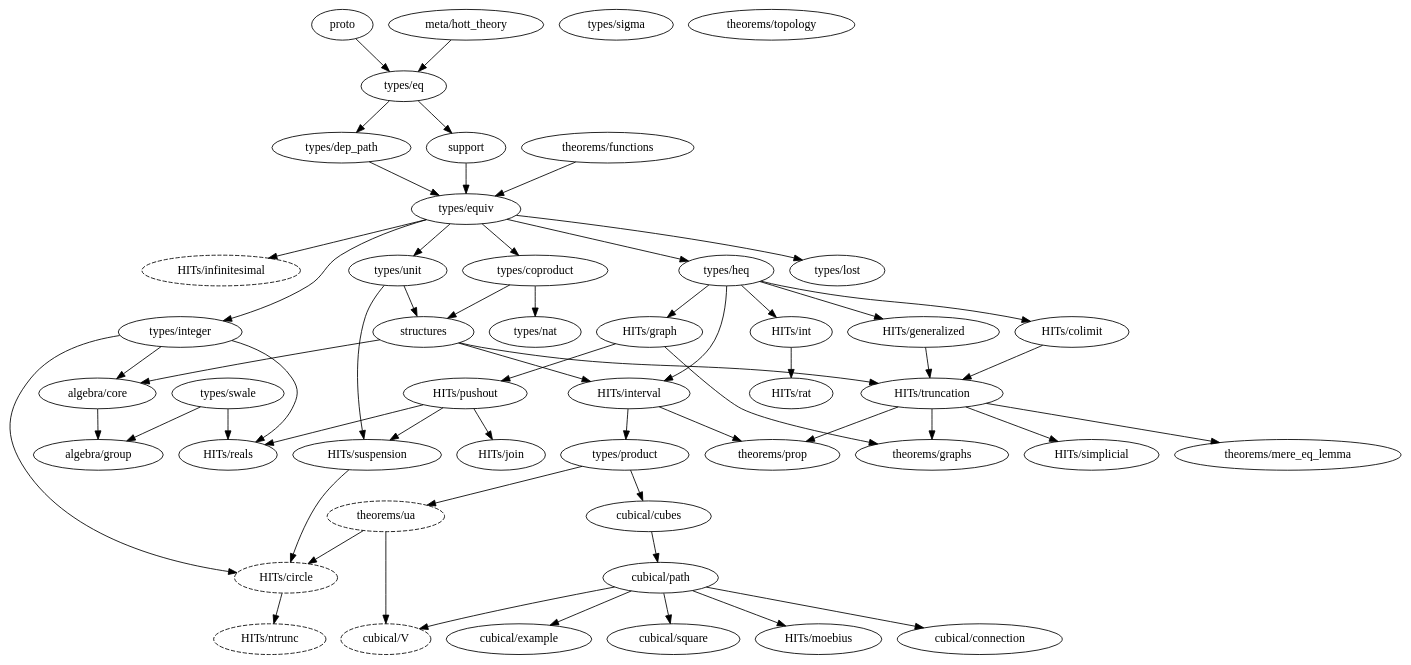
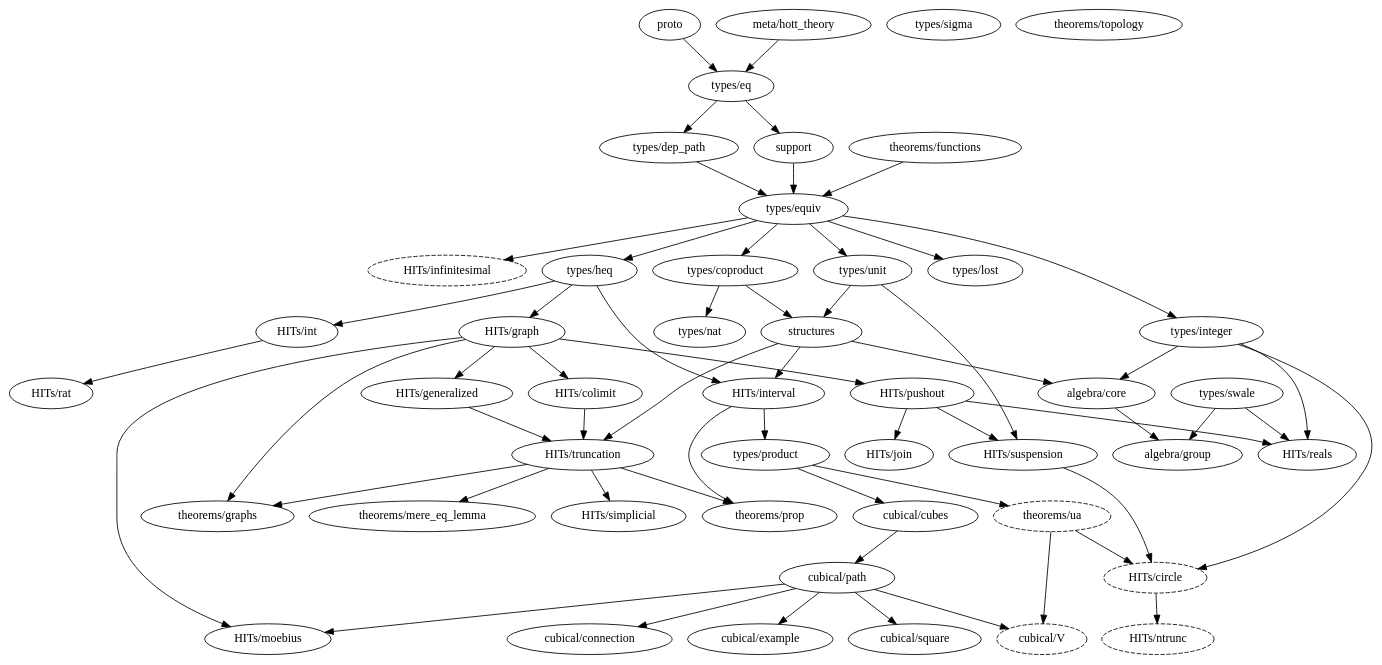
The diagram in dependency_map.gv (forked-from-1kasper/ground_zero), drawn with Graphviz before and after one commit. The commit also changed 6 other files, not shown here.

Commit message:
heavy use of graph

```diff
--- a/dependency_map.gv
+++ b/dependency_map.gv
@@ -1,103 +1,104 @@
 digraph dependency_map {
   proto -> "types/eq"
   "meta/hott_theory" -> "types/eq"
   support -> "types/equiv"
   structures -> { "HITs/interval", "HITs/truncation", "algebra/core" }
 
   subgraph univalence {
     node [style=dashed]
     "HITs/circle"
     "HITs/infinitesimal"
     "HITs/ntrunc"
     "theorems/ua"
     "cubical/V"
   }
 
   subgraph algebra {
     "algebra/core" -> "algebra/group"
     "algebra/group"
   }
 
   subgraph types {
     "types/coproduct" -> { "types/nat", structures }
     "types/dep_path" -> "types/equiv"
     "types/eq" -> { "types/dep_path", support }
     "types/equiv" -> {
       "types/heq",
       "types/integer",
       "HITs/infinitesimal",
       "types/coproduct",
       "types/lost",
       "types/unit"
     }
     "types/heq" -> {
-      "HITs/colimit",
-      "HITs/generalized",
       "HITs/int",
       "HITs/interval",
       "HITs/graph"
     }
     "types/integer" -> { "HITs/circle", "HITs/reals", "algebra/core" }
     "types/lost"
     "types/nat"
     "types/product" -> { "cubical/cubes", "theorems/ua" }
     "types/sigma"
     "types/swale" -> { "HITs/reals", "algebra/group" }
     "types/unit" -> { structures, "HITs/suspension" }
   }
 
   subgraph HITs {
     "HITs/circle" -> "HITs/ntrunc"
     "HITs/colimit" -> "HITs/truncation"
     "HITs/generalized" -> "HITs/truncation"
     "HITs/graph" -> {
+      "HITs/colimit",
+      "HITs/generalized",
       "HITs/pushout",
+      "HITs/moebius",
       "theorems/graphs"
     }
     "HITs/infinitesimal"
     "HITs/int" -> "HITs/rat"
     "HITs/interval" -> { "types/product", "theorems/prop" }
     "HITs/join"
     "HITs/moebius"
     "HITs/ntrunc"
     "HITs/pushout" -> {
       "HITs/join",
       "HITs/reals",
       "HITs/suspension"
     }
     "HITs/rat"
     "HITs/reals"
     "HITs/simplicial"
     "HITs/suspension" -> "HITs/circle"
     "HITs/truncation" -> {
       "theorems/mere_eq_lemma",
       "theorems/prop",
       "theorems/graphs",
       "HITs/simplicial"
     }
   }
 
   subgraph cubical {
     "cubical/connection"
     "cubical/cubes" -> "cubical/path"
     "cubical/example"
     "cubical/path" -> {
       "cubical/square",
       "cubical/example",
       "cubical/V",
       "cubical/connection",
       "HITs/moebius"
     }
     "cubical/square"
     "cubical/V"
   }
 
   subgraph theorems {
     "theorems/functions" -> "types/equiv"
     "theorems/graphs"
     "theorems/mere_eq_lemma"
     "theorems/prop"
     "theorems/topology"
     "theorems/ua" -> { "HITs/circle", "cubical/V" }
   }
 }
```
